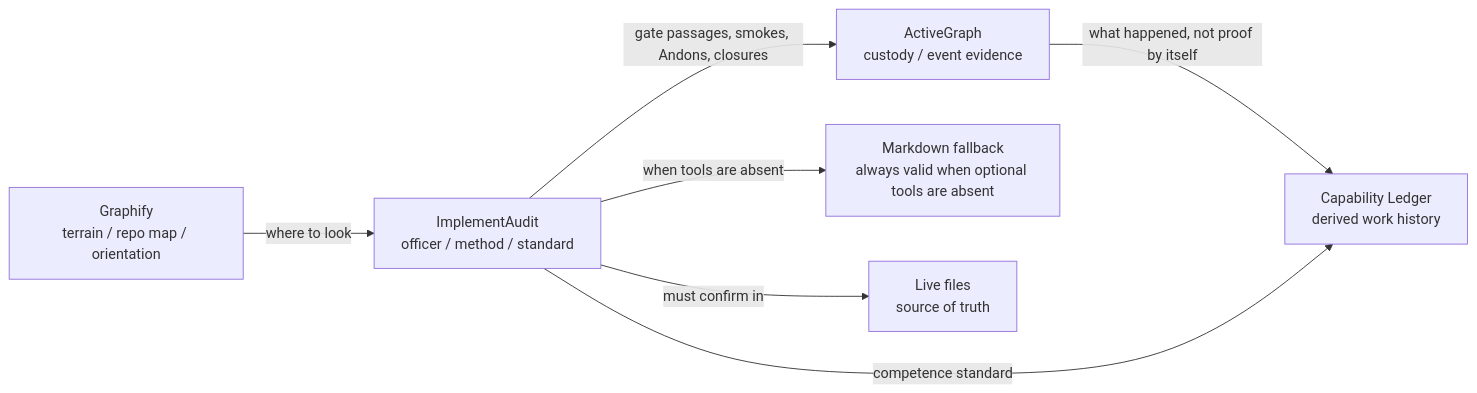
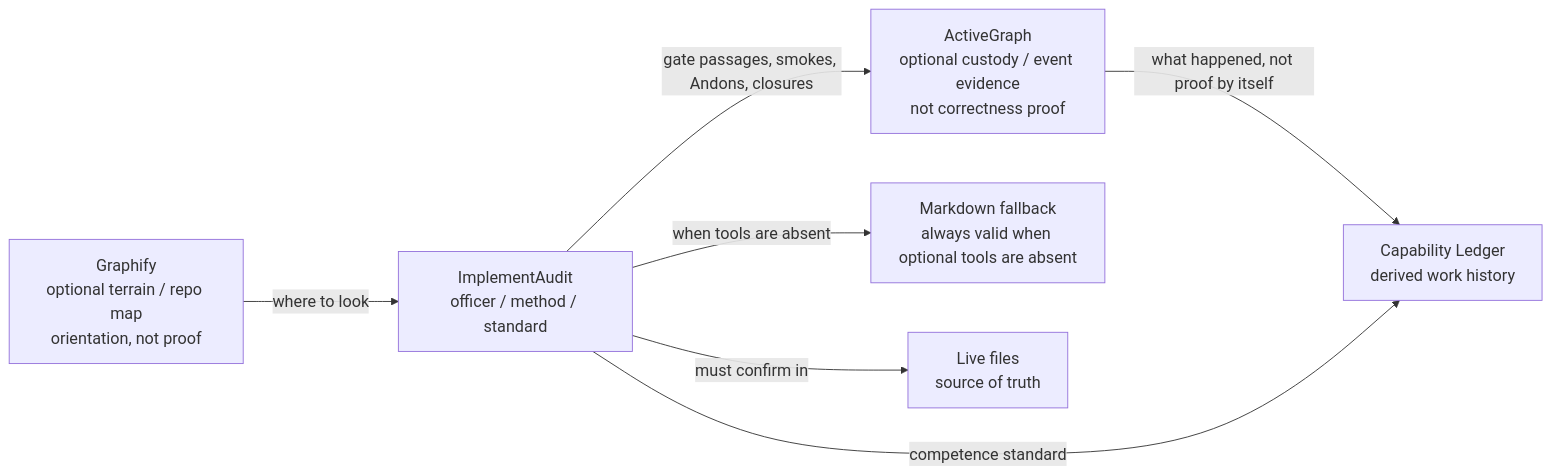
One commit to theislampill/IMPLEMENTAUDIT.md changed the first of 3 diagrams in README.md. Above: the diagram before and after it, drawn with Mermaid. The commit also changed other lines of this file and 9 other files, not shown here.

````diff
--- a/README.md
+++ b/README.md
@@ -48,16 +67,17 @@
 ```mermaid
+%%{init: {"flowchart": {"htmlLabels": true, "nodeSpacing": 55, "rankSpacing": 65}, "themeVariables": {"fontSize": "18px", "fontFamily": "Arial"}, "themeCSS": ".nodeLabel, .edgeLabel, .label { font-size: 18px !important; }"}}%%
 flowchart LR
   I["ImplementAudit<br/>officer / method / standard"]
-  G["Graphify<br/>terrain / repo map / orientation"]
-  A["ActiveGraph<br/>custody / event evidence"]
+  G["Graphify<br/>optional terrain / repo map<br/>orientation, not proof"]
+  A["ActiveGraph<br/>optional custody / event evidence<br/>not correctness proof"]
   C["Capability Ledger<br/>derived work history"]
   M["Markdown fallback<br/>always valid when optional tools are absent"]
   L["Live files<br/>source of truth"]
 
   G -->|where to look| I
   I -->|must confirm in| L
   I -->|gate passages, smokes, Andons, closures| A
   A -->|what happened, not proof by itself| C
   I -->|competence standard| C
   I -->|when tools are absent| M
 ```
````
